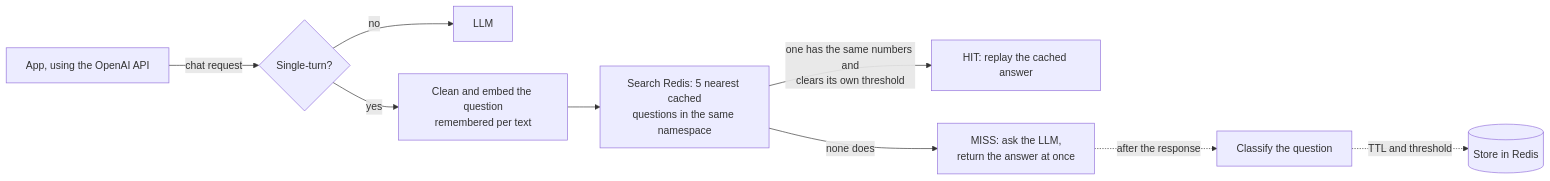
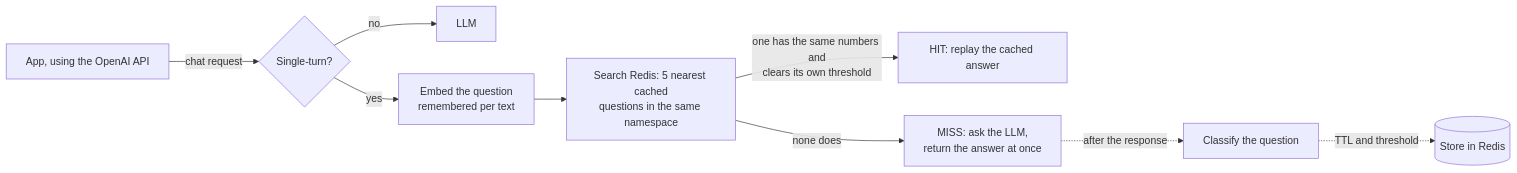
Before and after one commit to haziqjaii/semantic-cache: the diagram in README.md, drawn with Mermaid. The commit also changed other lines of this file and 5 other files, not shown here.

First line of the commit message:
fix: embed the question exactly as asked again

````diff
--- a/README.md
+++ b/README.md
@@ -28,11 +28,11 @@
 ```mermaid
 flowchart LR
     A[App, using the OpenAI API] -->|chat request| B{Single-turn?}
     B -->|no| L[LLM]
-    B -->|yes| C[Clean and embed the question<br/>remembered per text]
+    B -->|yes| C[Embed the question<br/>remembered per text]
     C --> D[Search Redis: 5 nearest cached<br/>questions in the same namespace]
     D -->|one has the same numbers and<br/>clears its own threshold| H[HIT: replay the cached answer]
     D -->|none does| M[MISS: ask the LLM,<br/>return the answer at once]
     M -. after the response .-> K[Classify the question]
     K -. TTL and threshold .-> S[(Store in Redis)]
 ```
````
